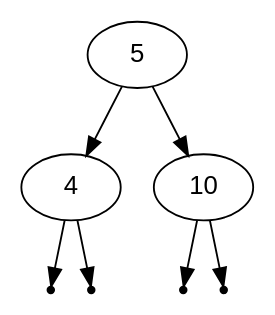
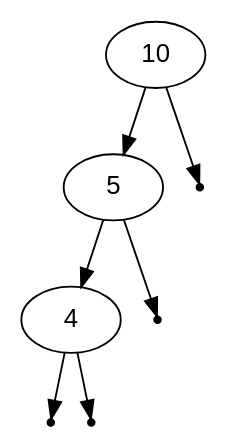
The diagram in DotFiles/RightRotTest01.dot (lukashecke/AVLTree), drawn with Graphviz before and after one commit. The commit also changed 9 other files, not shown here.

```diff
--- a/DotFiles/RightRotTest01.dot
+++ b/DotFiles/RightRotTest01.dot
@@ -1,13 +1,13 @@
 digraph BST {
     node [fontname="Arial"];
+    "10"-> "5";
     "5"-> "4";
     null0 [shape=point];
     "4"-> null0;
     null1 [shape=point];
     "4"-> null1;
-    "5"-> "10";
     null2 [shape=point];
-    "10"-> null2;
+    "5"-> null2;
     null3 [shape=point];
     "10"-> null3;
 }
```
